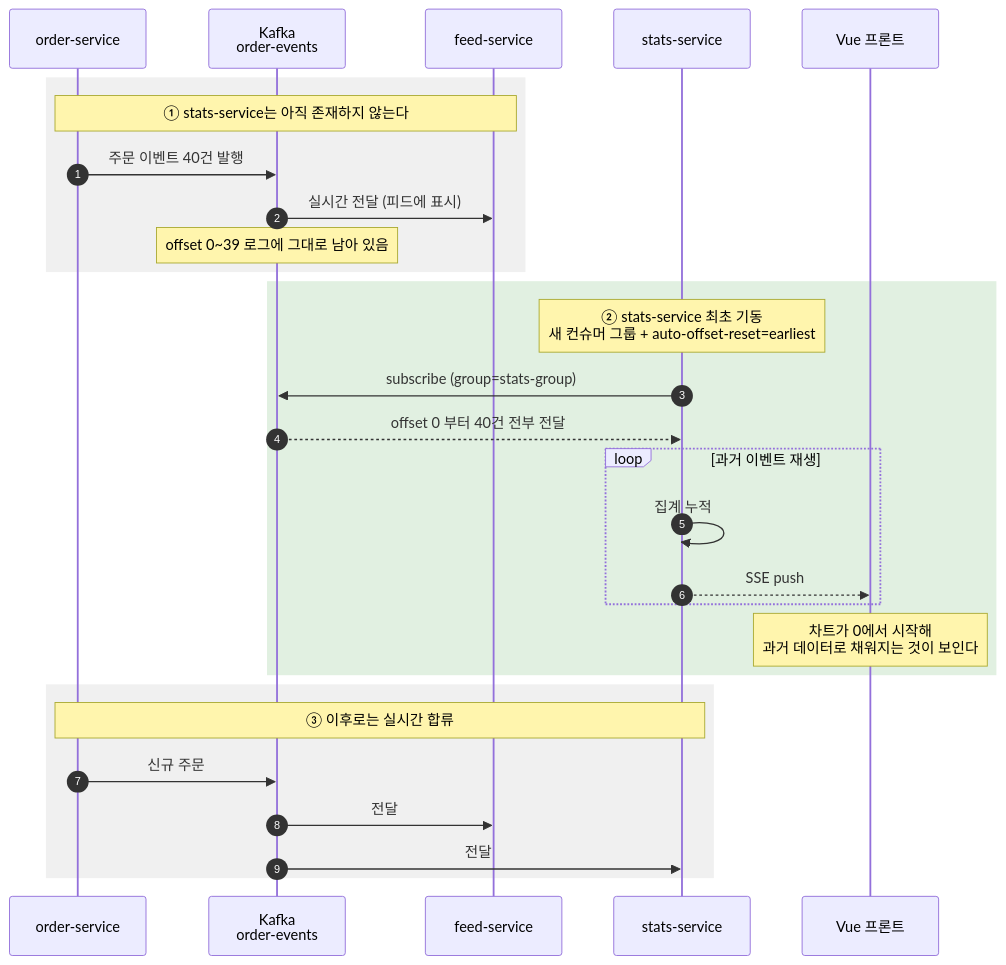
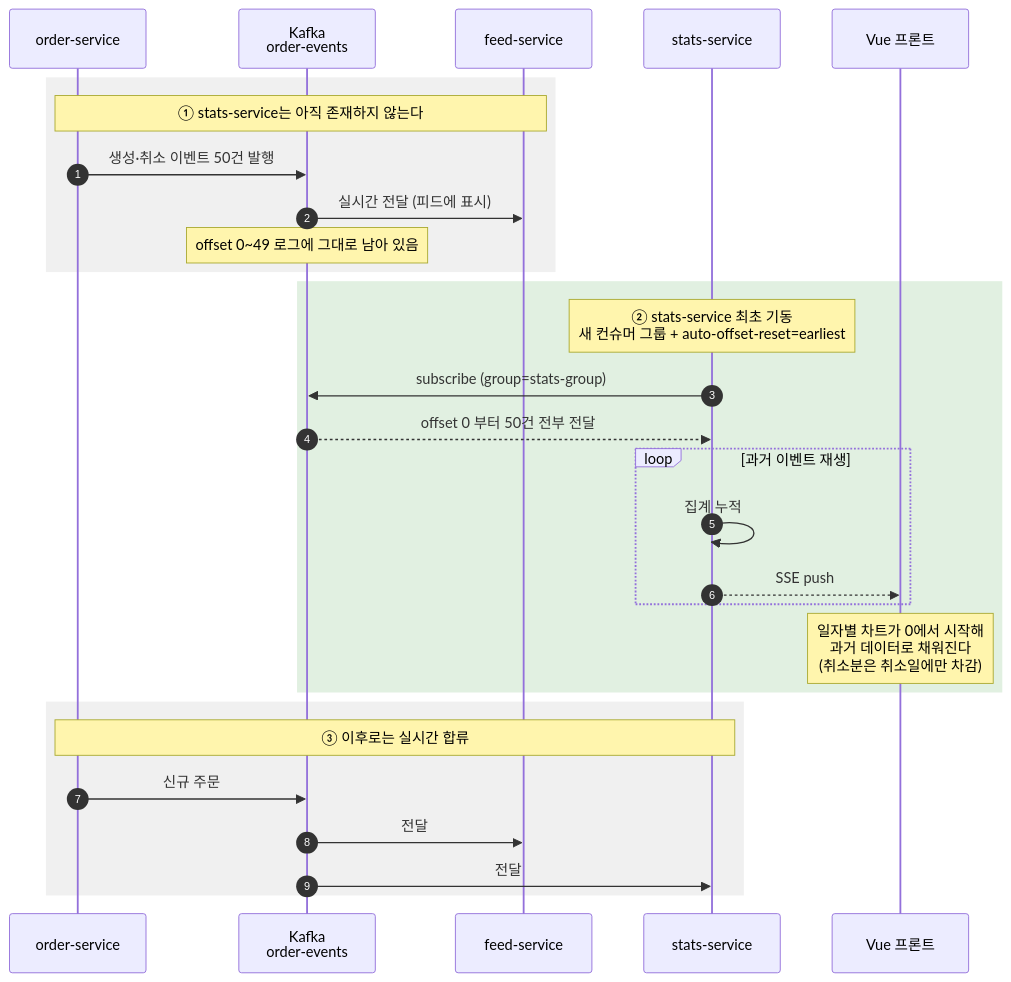
Before and after one commit to ytw9699/kafka_study: the third of 6 diagrams in docs/planning/02-architecture.md, drawn with Mermaid. The commit also changed other lines of this file and 10 other files, not shown here.

````diff
--- a/docs/planning/02-architecture.md
+++ b/docs/planning/02-architecture.md
@@ -144,34 +144,34 @@
 ```mermaid
 sequenceDiagram
     autonumber
     participant OS as order-service
     participant K as Kafka<br/>order-events
     participant FS as feed-service
     participant SS as stats-service
     participant FE as Vue 프론트
 
     rect rgb(240, 240, 240)
         Note over OS,FS: ① stats-service는 아직 존재하지 않는다
-        OS->>K: 주문 이벤트 40건 발행
+        OS->>K: 생성·취소 이벤트 50건 발행
         K->>FS: 실시간 전달 (피드에 표시)
-        Note over K: offset 0~39 로그에 그대로 남아 있음
+        Note over K: offset 0~49 로그에 그대로 남아 있음
     end
 
     rect rgb(225, 240, 225)
         Note over SS: ② stats-service 최초 기동<br/>새 컨슈머 그룹 + auto-offset-reset=earliest
         SS->>K: subscribe (group=stats-group)
-        K-->>SS: offset 0 부터 40건 전부 전달
+        K-->>SS: offset 0 부터 50건 전부 전달
         loop 과거 이벤트 재생
             SS->>SS: 집계 누적
             SS-->>FE: SSE push
         end
-        Note over FE: 차트가 0에서 시작해<br/>과거 데이터로 채워지는 것이 보인다
+        Note over FE: 일자별 차트가 0에서 시작해<br/>과거 데이터로 채워진다<br/>(취소분은 취소일에만 차감)
     end
 
     rect rgb(240, 240, 240)
         Note over OS,SS: ③ 이후로는 실시간 합류
         OS->>K: 신규 주문
         K->>FS: 전달
         K->>SS: 전달
     end
 ```
````
